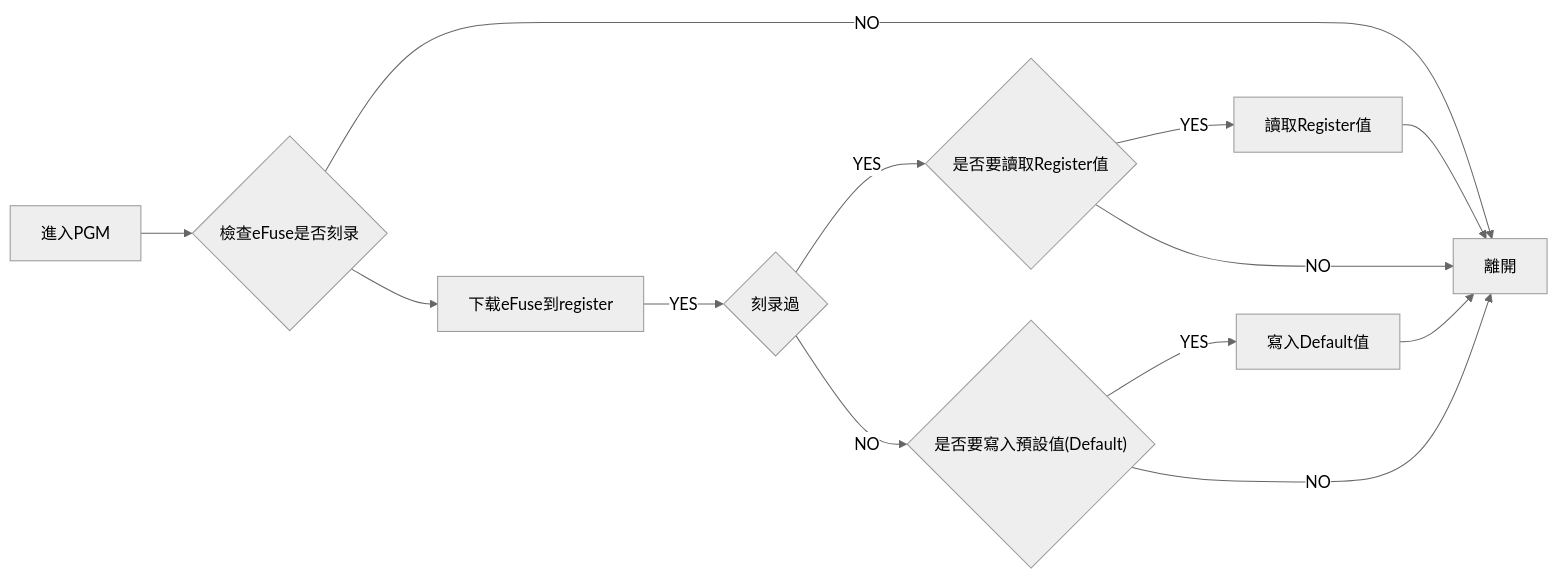
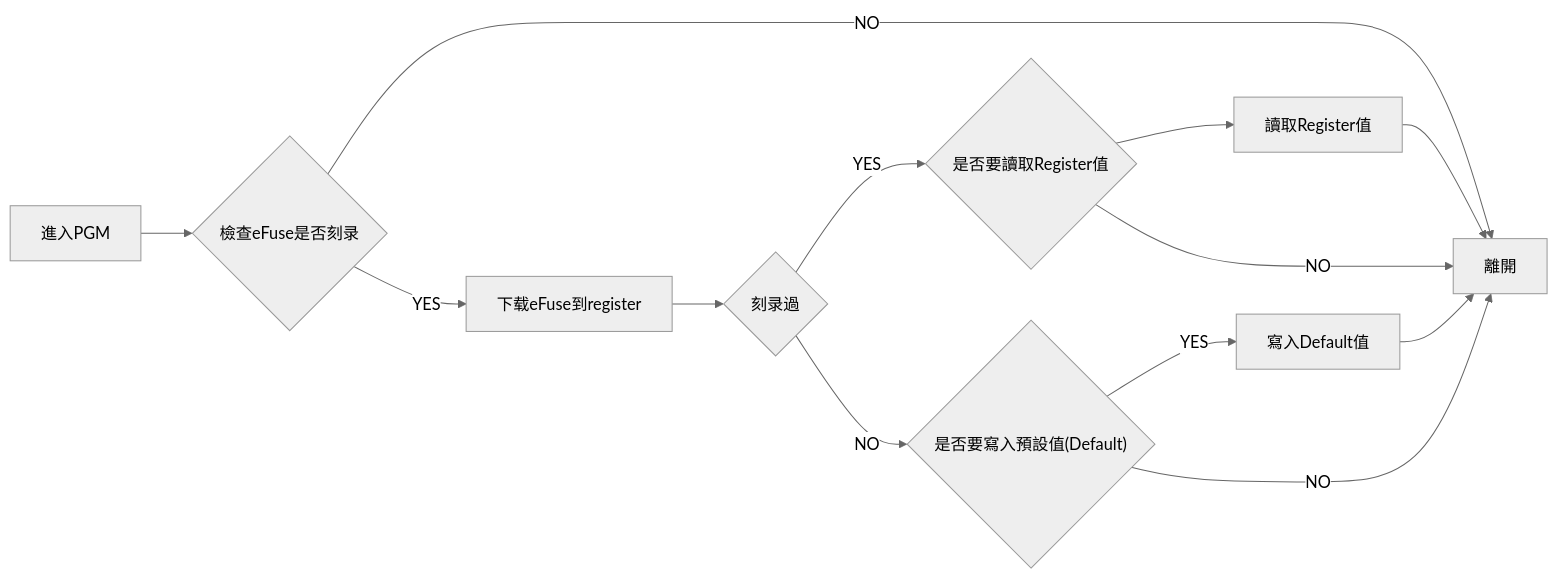
Before and after one commit to billwanggithub/MXXXX: the diagram in README.md, drawn with Mermaid (neutral theme).

````diff
--- a/README.md
+++ b/README.md
@@ -15,21 +15,21 @@
 ```mermaid
 flowchart LR
   A["進入PGM"]
   B{"檢查eFuse是否刻录"}
   C[離開]
   D{"刻录過"}
   E{"是否要讀取Register值"}
   F{"是否要寫入預設值(Default)"}
   G["寫入Default值"]
   H["讀取Register值"]
   I["下载eFuse到register"]
   A --> B
-  B --> I --YES--> D
+  B --YES--> I --> D
   B --NO--> C
   D --YES--> E
   D --NO --> F
-  E --YES-->H-->C
+  E -->H-->C
   E --NO--> C
   F --YES--> G -->C
   F --NO--> C
 ```
````
